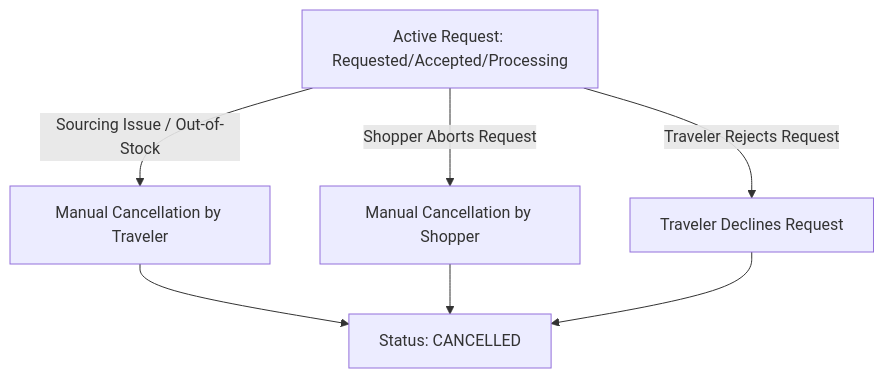
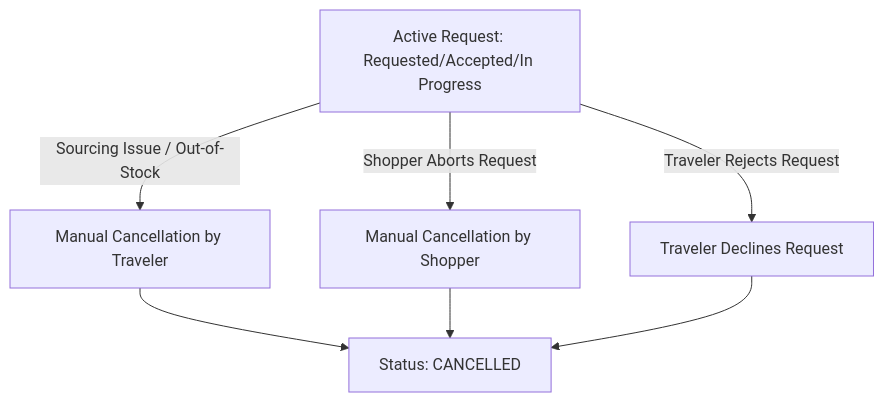
The diagram in docs/02-product/flows/exception-flow.md (JUNCASUNDRA/mytrip-mytitipan), drawn with Mermaid before and after one commit. The commit also changed other lines of this file and 38 other files, not shown here.

````diff
--- a/docs/02-product/flows/exception-flow.md
+++ b/docs/02-product/flows/exception-flow.md
@@ -24,10 +24,10 @@
 ```mermaid
 graph TD
-    A[Active Request: Requested/Accepted/Processing] -->|Sourcing Issue / Out-of-Stock| B[Manual Cancellation by Traveler]
+    A[Active Request: Requested/Accepted/In Progress] -->|Sourcing Issue / Out-of-Stock| B[Manual Cancellation by Traveler]
     A -->|Shopper Aborts Request| C[Manual Cancellation by Shopper]
     A -->|Traveler Rejects Request| D[Traveler Declines Request]
 
     B --> E[Status: CANCELLED]
     C --> E
     D --> E
 ```
````
